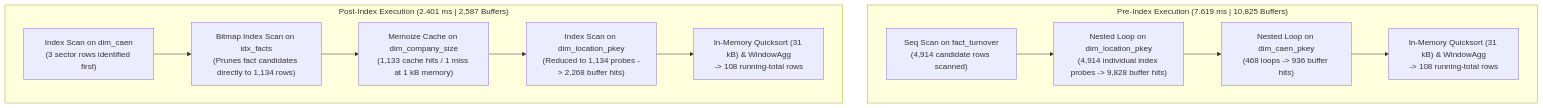
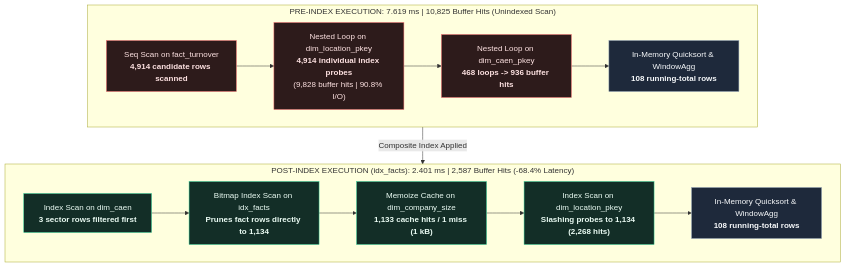
The first of 2 diagrams in README.md (vxqzn/data-foundations), drawn with Mermaid before and after one commit.

Commit message:
fix: diagram visuals

````diff
--- a/README.md
+++ b/README.md
@@ -30,15 +30,23 @@
 ```mermaid
 flowchart TD
-    subgraph PreIndex["Pre-Index Execution (7.619 ms | 10,825 Buffers)"]
-        A1["Seq Scan on fact_turnover\n(4,914 candidate rows scanned)"] --> B1["Nested Loop on dim_location_pkey\n(4,914 individual index probes -> 9,828 buffer hits)"]
-        B1 --> C1["Nested Loop on dim_caen_pkey\n(468 loops -> 936 buffer hits)"]
-        C1 --> D1["In-Memory Quicksort (31 kB) & WindowAgg\n-> 108 running-total rows"]
+    classDef preNode fill:#2d1b1b,stroke:#f87171,stroke-width:1px,color:#fee2e2;
+    classDef postNode fill:#132e27,stroke:#34d399,stroke-width:1px,color:#ecfdf5;
+    classDef sharedNode fill:#1e293b,stroke:#94a3b8,stroke-width:1px,color:#f8fafc;
+
+    subgraph PreIndex["PRE-INDEX EXECUTION: 7.619 ms | 10,825 Buffer Hits (Unindexed Scan)"]
+        direction LR
+        A1["Seq Scan on fact_turnover<br/><b>4,914 candidate rows scanned</b>"]:::preNode --> B1["Nested Loop on dim_location_pkey<br/><b>4,914 individual index probes</b><br/>(9,828 buffer hits | 90.8% I/O)"]:::preNode
+        B1 --> C1["Nested Loop on dim_caen_pkey<br/><b>468 loops -> 936 buffer hits</b>"]:::preNode
+        C1 --> D1["In-Memory Quicksort & WindowAgg<br/><b>108 running-total rows</b>"]:::sharedNode
     end
 
-    subgraph PostIndex["Post-Index Execution (2.401 ms | 2,587 Buffers)"]
-        A2["Index Scan on dim_caen\n(3 sector rows identified first)"] --> B2["Bitmap Index Scan on idx_facts\n(Prunes fact candidates directly to 1,134 rows)"]
-        B2 --> C2["Memoize Cache on dim_company_size\n(1,133 cache hits / 1 miss at 1 kB memory)"]
-        C2 --> D2["Index Scan on dim_location_pkey\n(Reduced to 1,134 probes -> 2,268 buffer hits)"]
-        D2 --> E2["In-Memory Quicksort (31 kB) & WindowAgg\n-> 108 running-total rows"]
+    subgraph PostIndex["POST-INDEX EXECUTION (idx_facts): 2.401 ms | 2,587 Buffer Hits (-68.4% Latency)"]
+        direction LR
+        A2["Index Scan on dim_caen<br/><b>3 sector rows filtered first</b>"]:::postNode --> B2["Bitmap Index Scan on idx_facts<br/><b>Prunes fact rows directly to 1,134</b>"]:::postNode
+        B2 --> C2["Memoize Cache on dim_company_size<br/><b>1,133 cache hits / 1 miss (1 kB)</b>"]:::postNode
+        C2 --> D2["Index Scan on dim_location_pkey<br/><b>Slashing probes to 1,134 (2,268 hits)</b>"]:::postNode
+        D2 --> E2["In-Memory Quicksort & WindowAgg<br/><b>108 running-total rows</b>"]:::sharedNode
     end
+
+    PreIndex -->|Composite Index Applied| PostIndex
 ```
````
